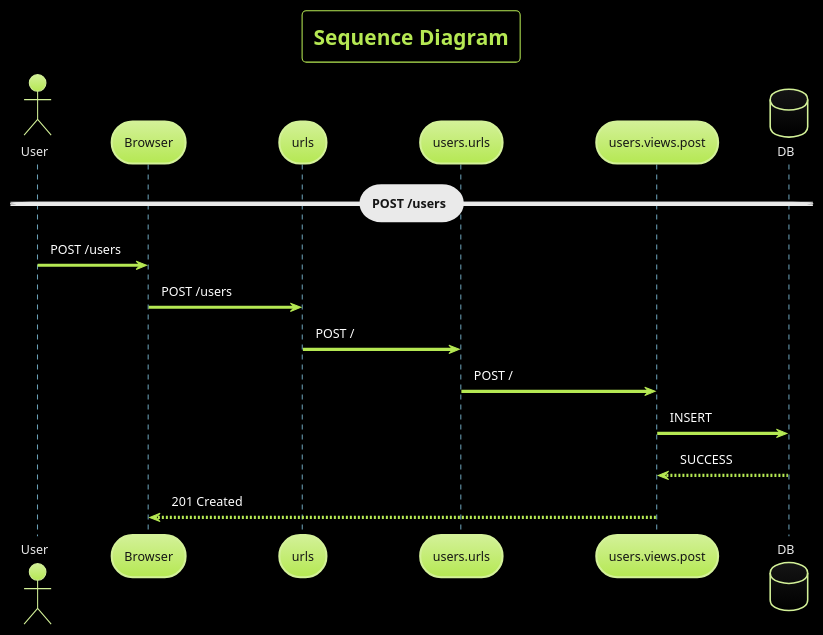
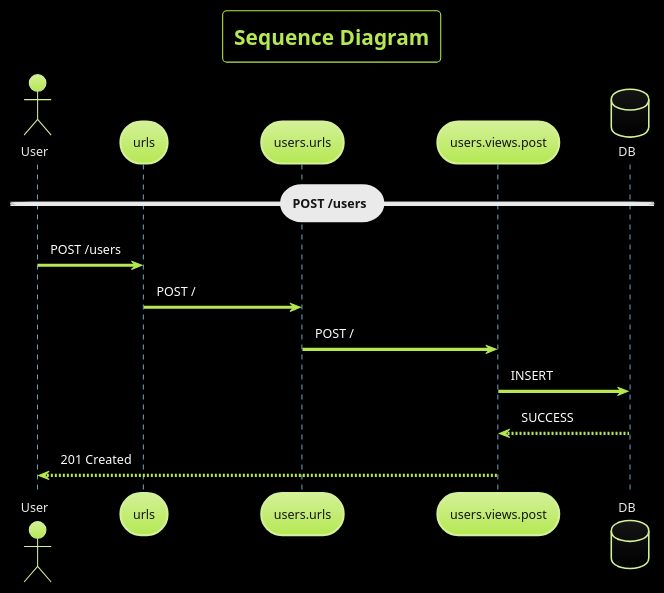
One commit to AdityaShenoy/FlipCart changed the second of 2 diagrams in design.plantuml. Above: the diagram before and after it, drawn with PlantUML.

Commit message:
docs: remove browser from sequence diagram and use User actor directly

```diff
--- a/design.plantuml
+++ b/design.plantuml
@@ -17,23 +17,21 @@
 @startuml sequence_diagram
 
     !theme hacker
     skinparam BackgroundColor black
     title "Sequence Diagram"
 
     actor User
-    participant Browser
     participant urls
     participant users.urls
     participant users.views.post
     database DB
 
     == POST /users ==
-    User             ->  Browser          : POST /users
-    Browser          ->  urls             : POST /users
+    User             ->  urls             : POST /users
     urls             ->  users.urls       : POST /
     users.urls       ->  users.views.post : POST /
     users.views.post ->  DB               : INSERT
     users.views.post <-- DB               : SUCCESS
-    Browser          <-- users.views.post : 201 Created
+    User             <-- users.views.post : 201 Created
 
 @enduml
```
